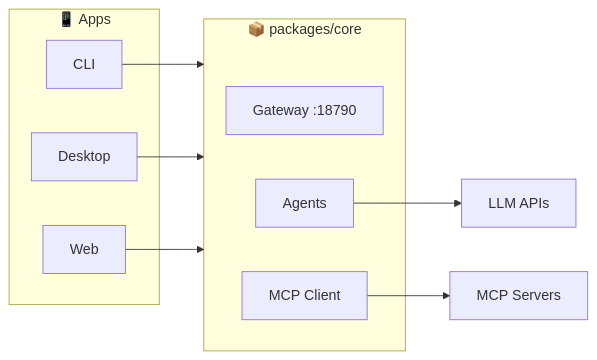
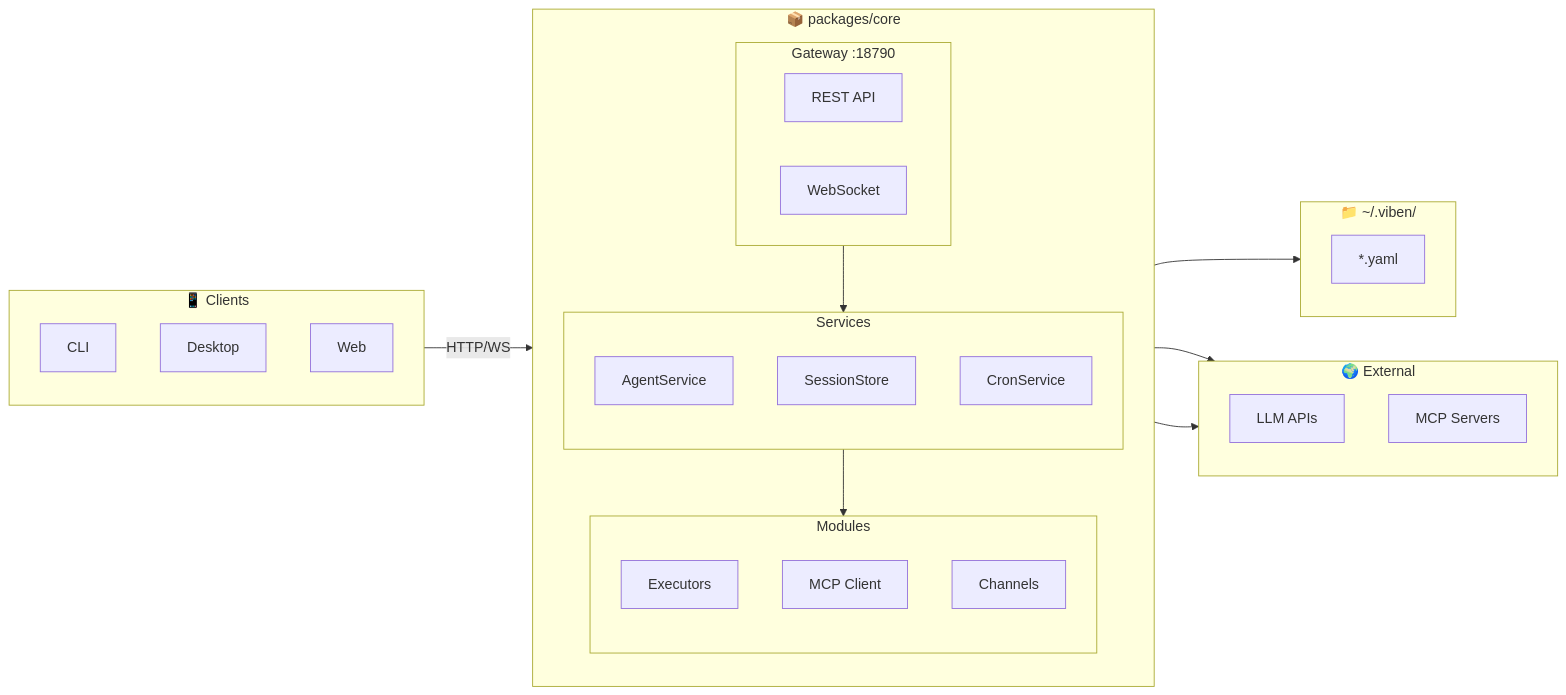
The first of 2 diagrams in README_EN.md (LinXueyuanStdio/viben), drawn with Mermaid before and after one commit. The commit also changed other lines of this file and 131 other files, not shown here.

````diff
--- a/README_EN.md
+++ b/README_EN.md
@@ -64,18 +64,51 @@
 ```mermaid
 graph LR
-    subgraph Apps["📱 Apps"]
+    subgraph Clients["📱 Clients"]
+        direction TB
         CLI["CLI"]
         Desktop["Desktop"]
         Web["Web"]
     end
 
     subgraph Core["📦 packages/core"]
-        Gateway["Gateway :18790"]
-        Agent["Agents"]
-        MCP["MCP Client"]
+        direction TB
+
+        subgraph GW["Gateway :18790"]
+            direction LR
+            REST["REST API"]
+            WS["WebSocket"]
+        end
+
+        subgraph Svc["Services"]
+            direction TB
+            Agent["AgentService"]
+            Session["SessionStore"]
+            Cron["CronService"]
+        end
+
+        subgraph Mod["Modules"]
+            direction TB
+            Exec["Executors"]
+            MCP["MCP Client"]
+            Chan["Channels"]
+        end
     end
 
-    CLI & Desktop & Web --> Core
-    MCP --> MCPServer["MCP Servers"]
-    Agent --> LLM["LLM APIs"]
+    subgraph Ext["🌍 External"]
+        direction TB
+        LLM["LLM APIs"]
+        MCPSrv["MCP Servers"]
+    end
+
+    subgraph Cfg["📁 ~/.viben/"]
+        direction TB
+        YAML["*.yaml"]
+    end
+
+    Clients -->|HTTP/WS| GW
+    GW --> Svc
+    Svc --> Mod
+    Mod --> Cfg
+    Exec --> LLM
+    MCP --> MCPSrv
 ```
````
